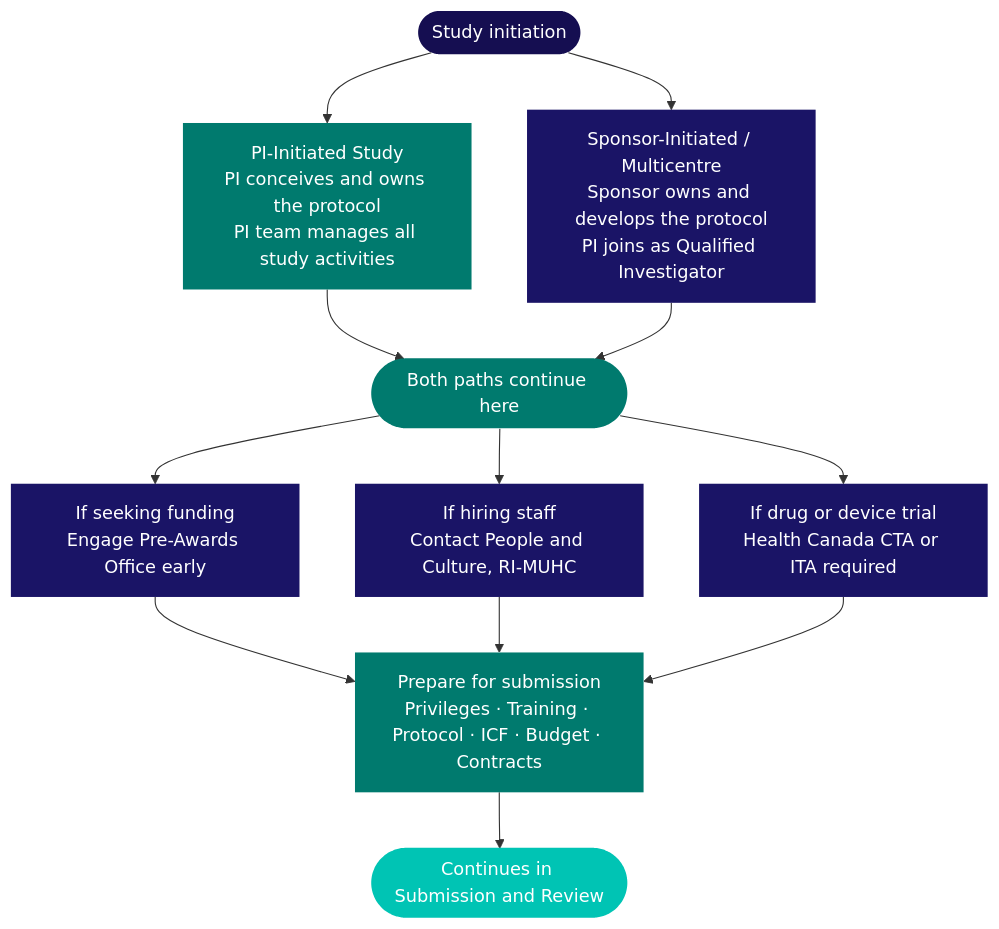
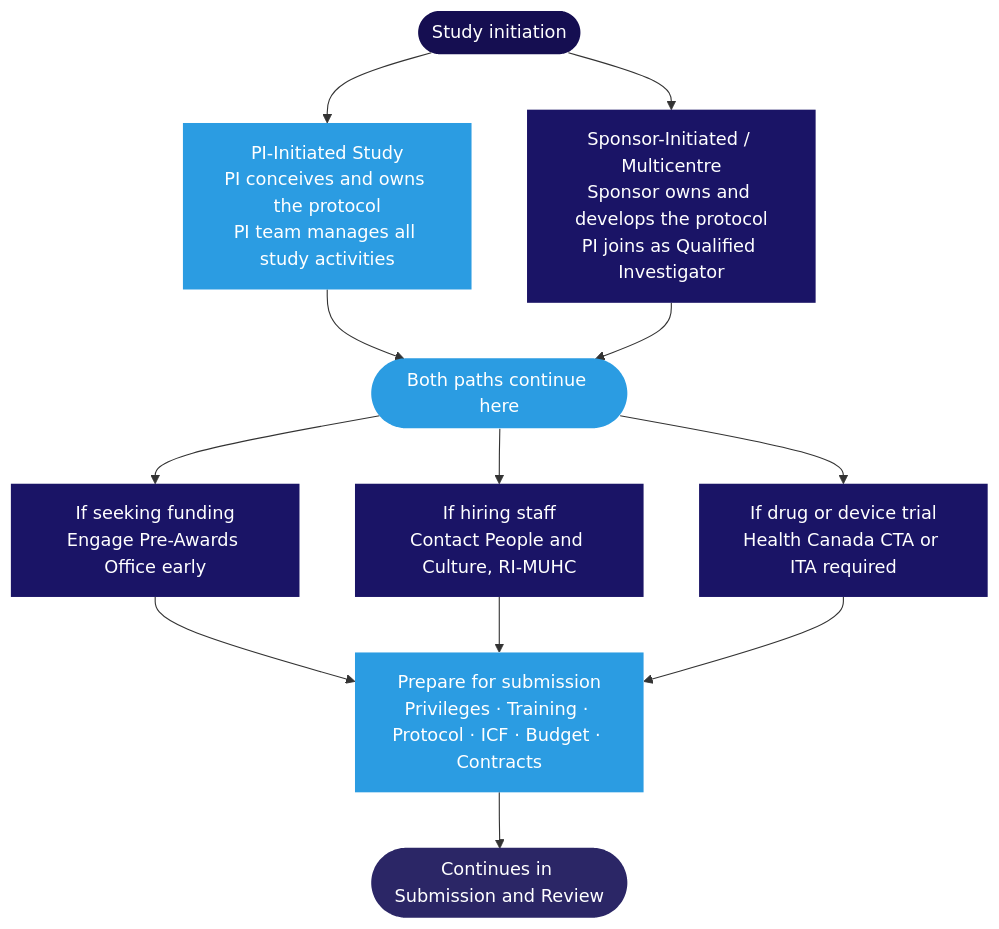
Before and after one commit to matthewfiorentino/docs: the diagram in kb/planning-overview.mdx, drawn with Mermaid. The commit also changed 36 other files, not shown here.

````diff
--- a/kb/planning-overview.mdx
+++ b/kb/planning-overview.mdx
@@ -18,23 +18,23 @@
 ```mermaid
 flowchart TD
     START([Study initiation]) --> PI & SP
     PI["PI-Initiated Study<br/>PI conceives and owns the protocol<br/>PI team manages all study activities"]
     SP["Sponsor-Initiated / Multicentre<br/>Sponsor owns and develops the protocol<br/>PI joins as Qualified Investigator"]
     PI & SP --> GATE([Both paths continue here])
     GATE --> F & H & R
     F["If seeking funding<br/>Engage Pre-Awards Office early"]
     H["If hiring staff<br/>Contact People and Culture, RI-MUHC"]
     R["If drug or device trial<br/>Health Canada CTA or ITA required"]
     F & H & R --> PREP["Prepare for submission<br/>Privileges · Training · Protocol · ICF · Budget · Contracts"]
     PREP --> SUB([Continues in Submission and Review])
 
     style START fill:#150e51,color:#fff,stroke:none
-    style PI   fill:#007a6e,color:#fff,stroke:none
+    style PI   fill:#2b9ce2,color:#fff,stroke:none
     style SP   fill:#1a1466,color:#fff,stroke:none
-    style GATE fill:#007a6e,color:#fff,stroke:none
+    style GATE fill:#2b9ce2,color:#fff,stroke:none
     style F    fill:#1a1466,color:#fff,stroke:none
     style H    fill:#1a1466,color:#fff,stroke:none
     style R    fill:#1a1466,color:#fff,stroke:none
-    style PREP fill:#007a6e,color:#fff,stroke:none
-    style SUB  fill:#00c4b4,color:#fff,stroke:none
+    style PREP fill:#2b9ce2,color:#fff,stroke:none
+    style SUB  fill:#2b2666,color:#fff,stroke:none
 ```
````
